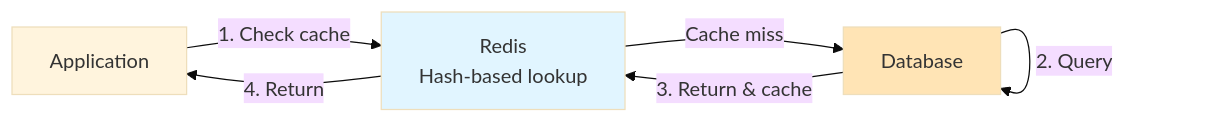
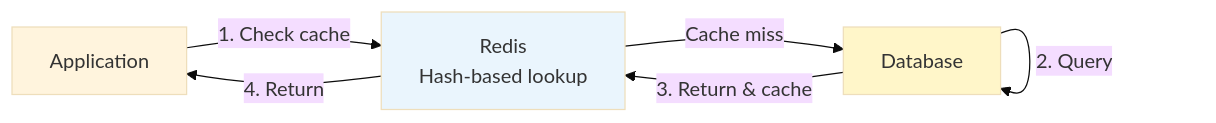
One commit to cartmancodes/InterviewVault changed diagram 17 of 34 in LLD/CoreConcepts/DataIndexing.md. Above: the diagram before and after it, drawn with Mermaid (base theme). The commit also changed other lines of this file and 679 other files, not shown here.

Commit message:
Unify content diagrams and add accessible visual walkthroughs

````diff
--- a/LLD/CoreConcepts/DataIndexing.md
+++ b/LLD/CoreConcepts/DataIndexing.md
@@ -587,15 +587,15 @@
 ```mermaid
 graph LR
     APP[Application]
     REDIS[Redis<br/>Hash-based lookup]
     DB[Database]
     
     APP -->|1. Check cache| REDIS
     REDIS -->|Cache miss| DB
     DB -->|2. Query| DB
     DB -->|3. Return & cache| REDIS
     REDIS -->|4. Return| APP
     
-    style REDIS fill:#e1f5ff
-    style DB fill:#FFE4B5
+    style REDIS fill:#EAF5FD
+    style DB fill:#FFF6C9
 ```
````
